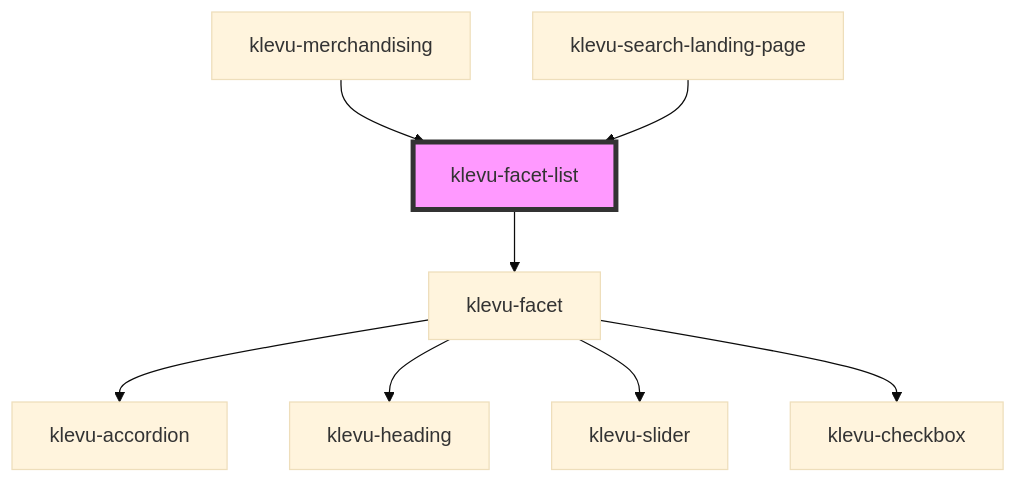
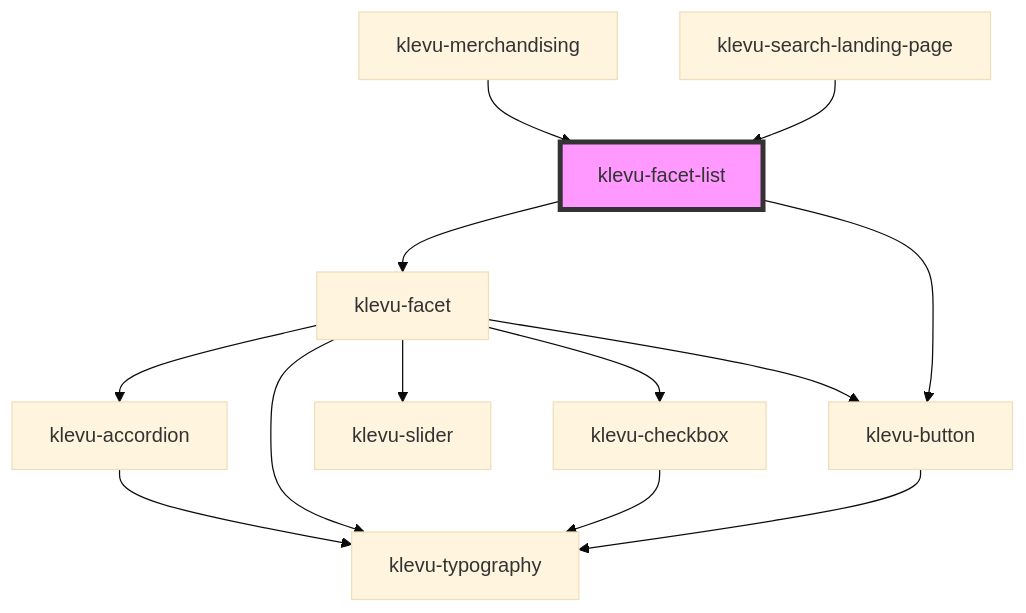
One commit to klevultd/frontend-sdk changed the diagram in packages/klevu-ui/src/components/klevu-facet-list/readme.md. Above: the diagram before and after it, drawn with Mermaid (base theme). The commit also changed other lines of this file and 199 other files, not shown here.

````diff
--- a/packages/klevu-ui/src/components/klevu-facet-list/readme.md
+++ b/packages/klevu-ui/src/components/klevu-facet-list/readme.md
@@ -28,11 +43,16 @@
 ```mermaid
 graph TD;
   klevu-facet-list --> klevu-facet
+  klevu-facet-list --> klevu-button
   klevu-facet --> klevu-accordion
-  klevu-facet --> klevu-heading
+  klevu-facet --> klevu-typography
   klevu-facet --> klevu-slider
   klevu-facet --> klevu-checkbox
+  klevu-facet --> klevu-button
+  klevu-accordion --> klevu-typography
+  klevu-checkbox --> klevu-typography
+  klevu-button --> klevu-typography
   klevu-merchandising --> klevu-facet-list
   klevu-search-landing-page --> klevu-facet-list
   style klevu-facet-list fill:#f9f,stroke:#333,stroke-width:4px
 ```
````
